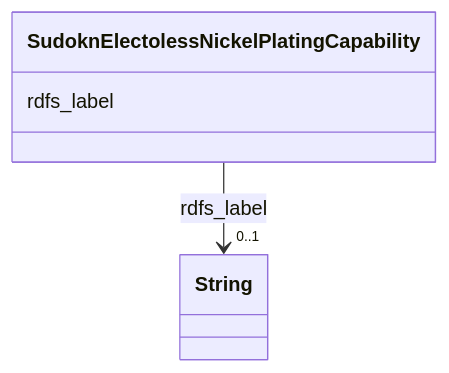
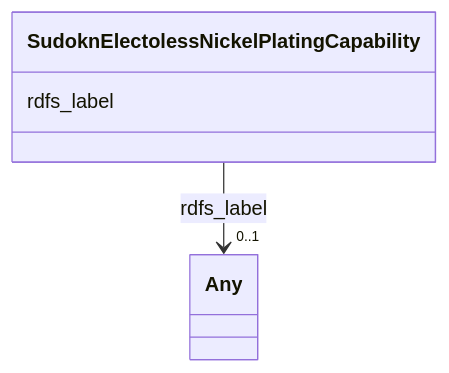
Before and after one commit to frink-okn/graph-descriptions: the diagram in sudokn-kg/classes/SudoknElectolessNickelPlatingCapability.md, drawn with Mermaid. The commit also changed other lines of this file and 903 other files, not shown here.

````diff
--- a/sudokn-kg/classes/SudoknElectolessNickelPlatingCapability.md
+++ b/sudokn-kg/classes/SudoknElectolessNickelPlatingCapability.md
@@ -23,15 +18,15 @@
 ```mermaid
  classDiagram
     class SudoknElectolessNickelPlatingCapability
     click SudoknElectolessNickelPlatingCapability href "../SudoknElectolessNickelPlatingCapability"
       SudoknElectolessNickelPlatingCapability : rdfs_label
         
           
     
     
-    SudoknElectolessNickelPlatingCapability --> "0..1" String : rdfs_label
-    click String href "../String"
+    SudoknElectolessNickelPlatingCapability --> "0..1" Any : rdfs_label
+    click Any href "../Any"
 
         
       
 ```
````
